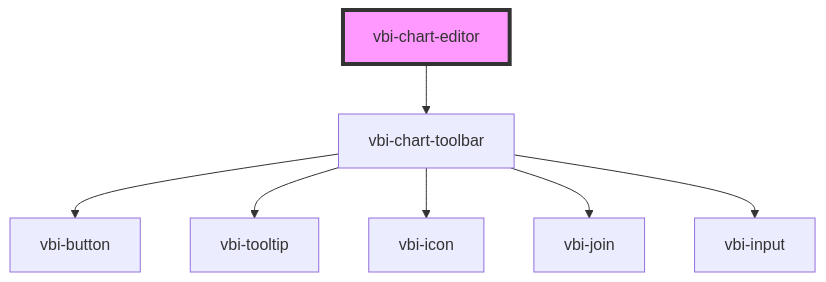
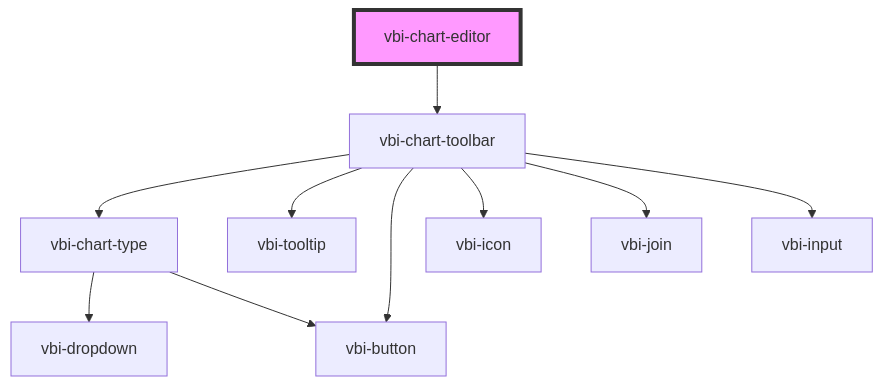
One commit to Ditto190/VBI-modme changed the diagram in packages/vbi-component/src/components/chart/vbi-chart-editor/readme.md. Above: the diagram before and after it, drawn with Mermaid. The commit also changed 11 other files, not shown here.

Commit message:
feat(vbi-component): extract chart type selection into dedicated component

````diff
--- a/packages/vbi-component/src/components/chart/vbi-chart-editor/readme.md
+++ b/packages/vbi-component/src/components/chart/vbi-chart-editor/readme.md
@@ -15,10 +15,13 @@
 ```mermaid
 graph TD;
   vbi-chart-editor --> vbi-chart-toolbar
+  vbi-chart-toolbar --> vbi-chart-type
+  vbi-chart-toolbar --> vbi-tooltip
   vbi-chart-toolbar --> vbi-button
-  vbi-chart-toolbar --> vbi-tooltip
   vbi-chart-toolbar --> vbi-icon
   vbi-chart-toolbar --> vbi-join
   vbi-chart-toolbar --> vbi-input
+  vbi-chart-type --> vbi-dropdown
+  vbi-chart-type --> vbi-button
   style vbi-chart-editor fill:#f9f,stroke:#333,stroke-width:4px
 ```
````
